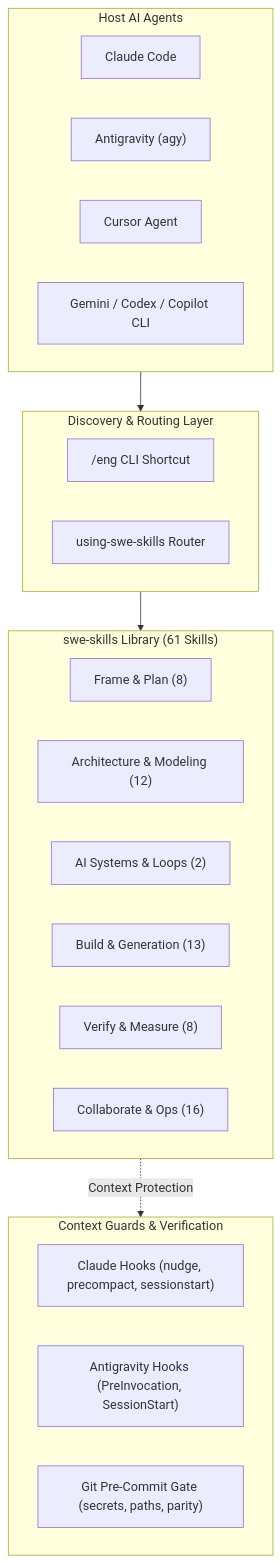
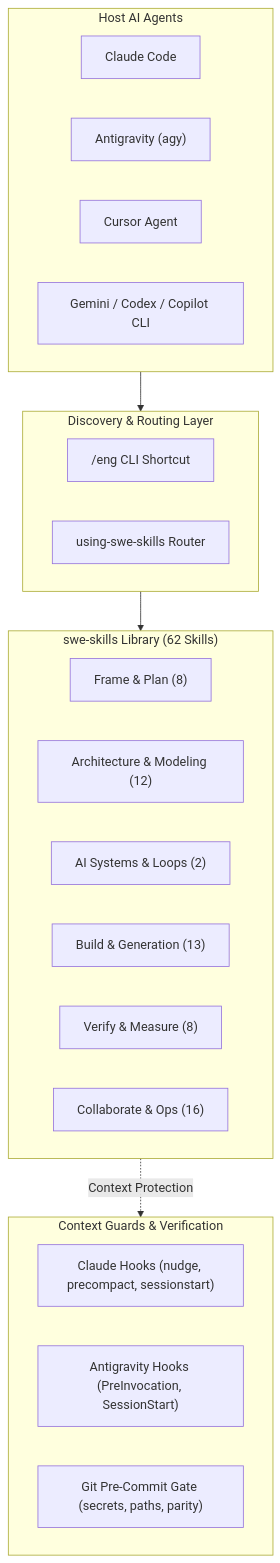
Before and after one commit to bsommers/swe-skills-2: the diagram in docs/usermanual/README.md, drawn with Mermaid. The commit also changed other lines of this file and 15 other files, not shown here.

First line of the commit message:
feat(skills): add driving-browsers-for-qa skill and /eng qa-drive, qa-report shortcuts

````diff
--- a/docs/usermanual/README.md
+++ b/docs/usermanual/README.md
@@ -36,33 +36,33 @@
 ```mermaid
 flowchart TD
     subgraph AgentHosts["Host AI Agents"]
         Claude["Claude Code"]
         Agy["Antigravity (agy)"]
         Cursor["Cursor Agent"]
         Other["Gemini / Codex / Copilot CLI"]
     end
 
     subgraph RouterLayer["Discovery & Routing Layer"]
         Eng["/eng CLI Shortcut"]
         UsingSwe["using-swe-skills Router"]
     end
 
-    subgraph SkillSuite["swe-skills Library (61 Skills)"]
+    subgraph SkillSuite["swe-skills Library (62 Skills)"]
         Plan["Frame & Plan (8)"]
         Arch["Architecture & Modeling (12)"]
         AI["AI Systems & Loops (2)"]
         Build["Build & Generation (13)"]
         Verify["Verify & Measure (8)"]
         Ops["Collaborate & Ops (16)"]
     end
 
     subgraph RuntimeHooks["Context Guards & Verification"]
         ClaudeHooks["Claude Hooks (nudge, precompact, sessionstart)"]
         AgyHooks["Antigravity Hooks (PreInvocation, SessionStart)"]
         GitHooks["Git Pre-Commit Gate (secrets, paths, parity)"]
     end
 
     AgentHosts --> RouterLayer
     RouterLayer --> SkillSuite
     SkillSuite -. Context Protection .-> RuntimeHooks
 ```
````
